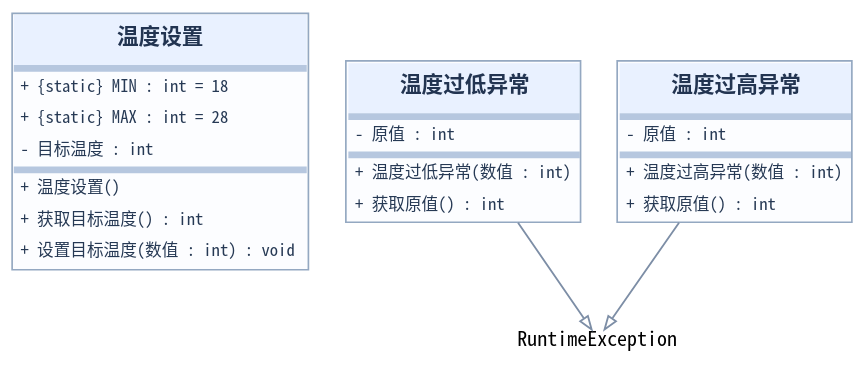
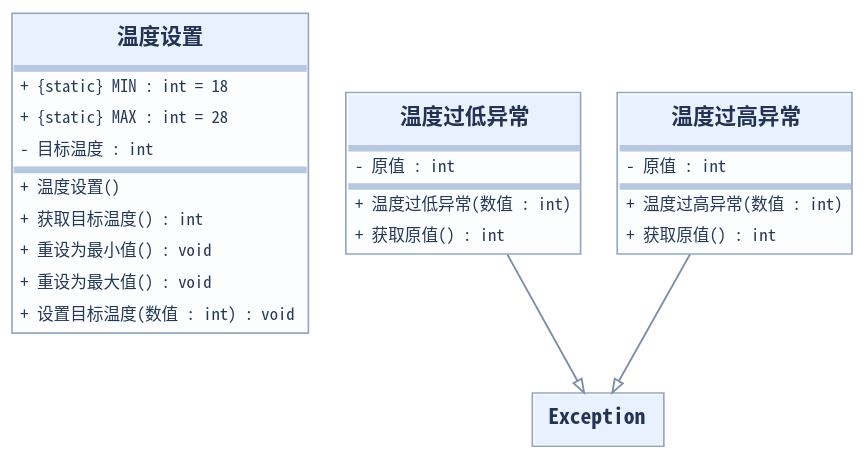
The diagram in content/chapters/13-kivetelek/media/task-1-zh.dot (edetroll/java-oop), drawn with Graphviz before and after one commit. The commit also changed 44 other files, not shown here.

```diff
--- a/content/chapters/13-kivetelek/media/task-1-zh.dot
+++ b/content/chapters/13-kivetelek/media/task-1-zh.dot
@@ -1,12 +1,11 @@
 digraph UML {
 graph [rankdir=TB, bgcolor="transparent", nodesep="0.30", ranksep="0.50", pad="0.12", splines=polyline];
 node [shape=plain];
 edge [color="#7d8ea6", penwidth=1.1, arrowsize=0.8];
-"温度设置" [label=<<TABLE BORDER="1" COLOR="#94a8c1" CELLBORDER="0" CELLSPACING="0" BGCOLOR="#fcfdff"><TR><TD ALIGN="CENTER" CELLPADDING="8" BGCOLOR="#e9f1ff"><FONT FACE="Noto Sans Mono CJK SC" POINT-SIZE="13" COLOR="#223451"><B>温度设置</B></FONT></TD></TR><TR><TD BGCOLOR="#b6c7df" HEIGHT="2"></TD></TR><TR><TD ALIGN="LEFT" CELLPADDING="4"><FONT FACE="Noto Sans Mono CJK SC" POINT-SIZE="10" COLOR="#263954">+ {static} MIN : int = 18</FONT></TD></TR><TR><TD ALIGN="LEFT" CELLPADDING="4"><FONT FACE="Noto Sans Mono CJK SC" POINT-SIZE="10" COLOR="#263954">+ {static} MAX : int = 28</FONT></TD></TR><TR><TD ALIGN="LEFT" CELLPADDING="4"><FONT FACE="Noto Sans Mono CJK SC" POINT-SIZE="10" COLOR="#263954">- 目标温度 : int</FONT></TD></TR><TR><TD BGCOLOR="#b6c7df" HEIGHT="2"></TD></TR><TR><TD ALIGN="LEFT" CELLPADDING="4"><FONT FACE="Noto Sans Mono CJK SC" POINT-SIZE="10" COLOR="#263954">+ 温度设置()</FONT></TD></TR><TR><TD ALIGN="LEFT" CELLPADDING="4"><FONT FACE="Noto Sans Mono CJK SC" POINT-SIZE="10" COLOR="#263954">+ 获取目标温度() : int</FONT></TD></TR><TR><TD ALIGN="LEFT" CELLPADDING="4"><FONT FACE="Noto Sans Mono CJK SC" POINT-SIZE="10" COLOR="#263954">+ 设置目标温度(数值 : int) : void</FONT></TD></TR></TABLE>>];
+"温度设置" [label=<<TABLE BORDER="1" COLOR="#94a8c1" CELLBORDER="0" CELLSPACING="0" BGCOLOR="#fcfdff"><TR><TD ALIGN="CENTER" CELLPADDING="8" BGCOLOR="#e9f1ff"><FONT FACE="Noto Sans Mono CJK SC" POINT-SIZE="13" COLOR="#223451"><B>温度设置</B></FONT></TD></TR><TR><TD BGCOLOR="#b6c7df" HEIGHT="2"></TD></TR><TR><TD ALIGN="LEFT" CELLPADDING="4"><FONT FACE="Noto Sans Mono CJK SC" POINT-SIZE="10" COLOR="#263954">+ {static} MIN : int = 18</FONT></TD></TR><TR><TD ALIGN="LEFT" CELLPADDING="4"><FONT FACE="Noto Sans Mono CJK SC" POINT-SIZE="10" COLOR="#263954">+ {static} MAX : int = 28</FONT></TD></TR><TR><TD ALIGN="LEFT" CELLPADDING="4"><FONT FACE="Noto Sans Mono CJK SC" POINT-SIZE="10" COLOR="#263954">- 目标温度 : int</FONT></TD></TR><TR><TD BGCOLOR="#b6c7df" HEIGHT="2"></TD></TR><TR><TD ALIGN="LEFT" CELLPADDING="4"><FONT FACE="Noto Sans Mono CJK SC" POINT-SIZE="10" COLOR="#263954">+ 温度设置()</FONT></TD></TR><TR><TD ALIGN="LEFT" CELLPADDING="4"><FONT FACE="Noto Sans Mono CJK SC" POINT-SIZE="10" COLOR="#263954">+ 获取目标温度() : int</FONT></TD></TR><TR><TD ALIGN="LEFT" CELLPADDING="4"><FONT FACE="Noto Sans Mono CJK SC" POINT-SIZE="10" COLOR="#263954">+ 重设为最小值() : void</FONT></TD></TR><TR><TD ALIGN="LEFT" CELLPADDING="4"><FONT FACE="Noto Sans Mono CJK SC" POINT-SIZE="10" COLOR="#263954">+ 重设为最大值() : void</FONT></TD></TR><TR><TD ALIGN="LEFT" CELLPADDING="4"><FONT FACE="Noto Sans Mono CJK SC" POINT-SIZE="10" COLOR="#263954">+ 设置目标温度(数值 : int) : void</FONT></TD></TR></TABLE>>];
 "温度过低异常" [label=<<TABLE BORDER="1" COLOR="#94a8c1" CELLBORDER="0" CELLSPACING="0" BGCOLOR="#fcfdff"><TR><TD ALIGN="CENTER" CELLPADDING="8" BGCOLOR="#e9f1ff"><FONT FACE="Noto Sans Mono CJK SC" POINT-SIZE="13" COLOR="#223451"><B>温度过低异常</B></FONT></TD></TR><TR><TD BGCOLOR="#b6c7df" HEIGHT="2"></TD></TR><TR><TD ALIGN="LEFT" CELLPADDING="4"><FONT FACE="Noto Sans Mono CJK SC" POINT-SIZE="10" COLOR="#263954">- 原值 : int</FONT></TD></TR><TR><TD BGCOLOR="#b6c7df" HEIGHT="2"></TD></TR><TR><TD ALIGN="LEFT" CELLPADDING="4"><FONT FACE="Noto Sans Mono CJK SC" POINT-SIZE="10" COLOR="#263954">+ 温度过低异常(数值 : int)</FONT></TD></TR><TR><TD ALIGN="LEFT" CELLPADDING="4"><FONT FACE="Noto Sans Mono CJK SC" POINT-SIZE="10" COLOR="#263954">+ 获取原值() : int</FONT></TD></TR></TABLE>>];
 "温度过高异常" [label=<<TABLE BORDER="1" COLOR="#94a8c1" CELLBORDER="0" CELLSPACING="0" BGCOLOR="#fcfdff"><TR><TD ALIGN="CENTER" CELLPADDING="8" BGCOLOR="#e9f1ff"><FONT FACE="Noto Sans Mono CJK SC" POINT-SIZE="13" COLOR="#223451"><B>温度过高异常</B></FONT></TD></TR><TR><TD BGCOLOR="#b6c7df" HEIGHT="2"></TD></TR><TR><TD ALIGN="LEFT" CELLPADDING="4"><FONT FACE="Noto Sans Mono CJK SC" POINT-SIZE="10" COLOR="#263954">- 原值 : int</FONT></TD></TR><TR><TD BGCOLOR="#b6c7df" HEIGHT="2"></TD></TR><TR><TD ALIGN="LEFT" CELLPADDING="4"><FONT FACE="Noto Sans Mono CJK SC" POINT-SIZE="10" COLOR="#263954">+ 温度过高异常(数值 : int)</FONT></TD></TR><TR><TD ALIGN="LEFT" CELLPADDING="4"><FONT FACE="Noto Sans Mono CJK SC" POINT-SIZE="10" COLOR="#263954">+ 获取原值() : int</FONT></TD></TR></TABLE>>];
-"RuntimeException" [shape=plain, label=<<FONT FACE="Noto Sans Mono CJK SC" POINT-SIZE="12">RuntimeException</FONT>>];
-"温度过低异常" -> "RuntimeException" [arrowhead="empty"];
-"RuntimeException" [shape=plain, label=<<FONT FACE="Noto Sans Mono CJK SC" POINT-SIZE="12">RuntimeException</FONT>>];
-"温度过高异常" -> "RuntimeException" [arrowhead="empty"];
+"Exception" [label=<<TABLE BORDER="1" COLOR="#94a8c1" CELLBORDER="0" CELLSPACING="0" BGCOLOR="#fcfdff"><TR><TD ALIGN="CENTER" CELLPADDING="8" BGCOLOR="#e9f1ff"><FONT FACE="Noto Sans Mono CJK SC" POINT-SIZE="13" COLOR="#223451"><B>Exception</B></FONT></TD></TR></TABLE>>];
+"温度过低异常" -> "Exception" [arrowhead="empty"];
+"温度过高异常" -> "Exception" [arrowhead="empty"];
 }
```
